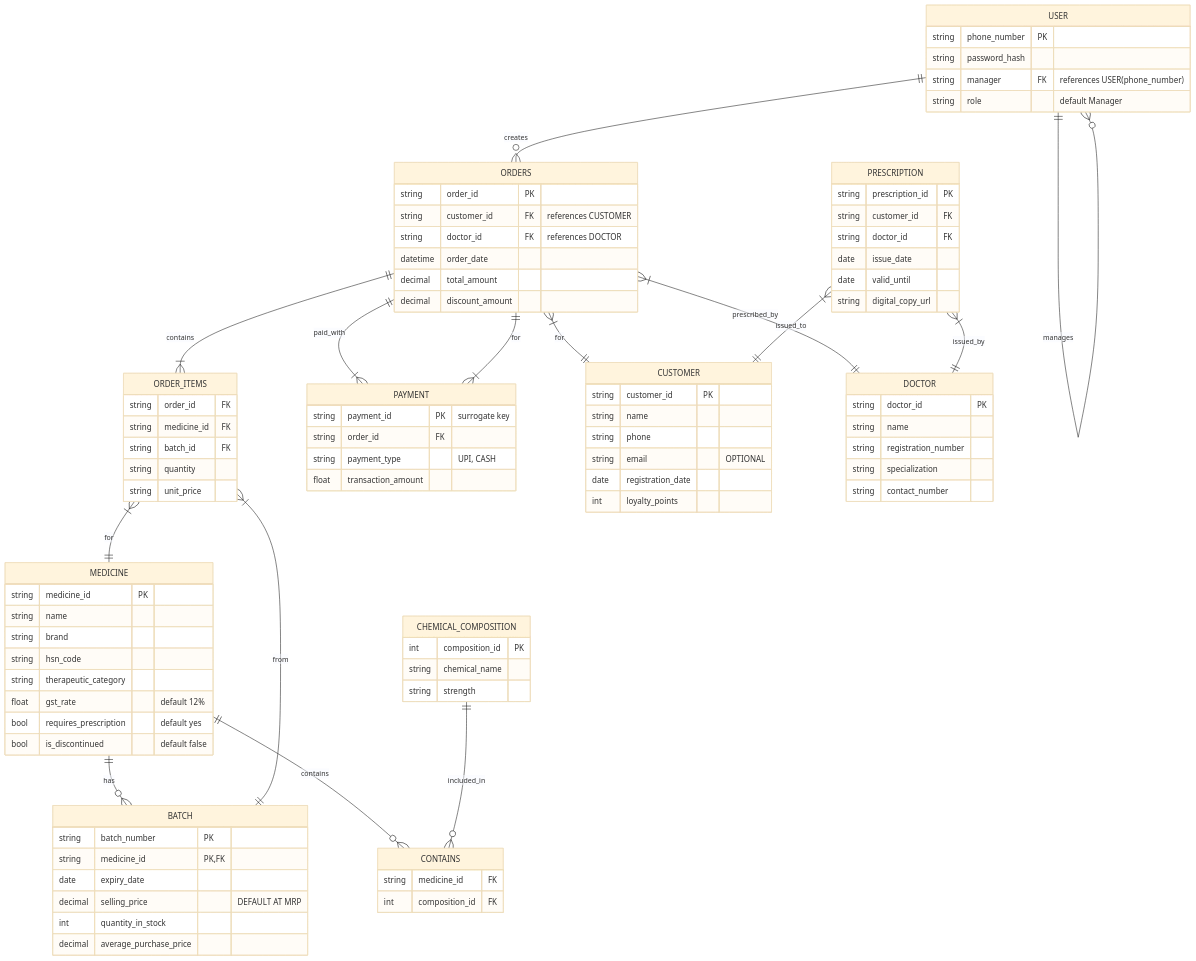
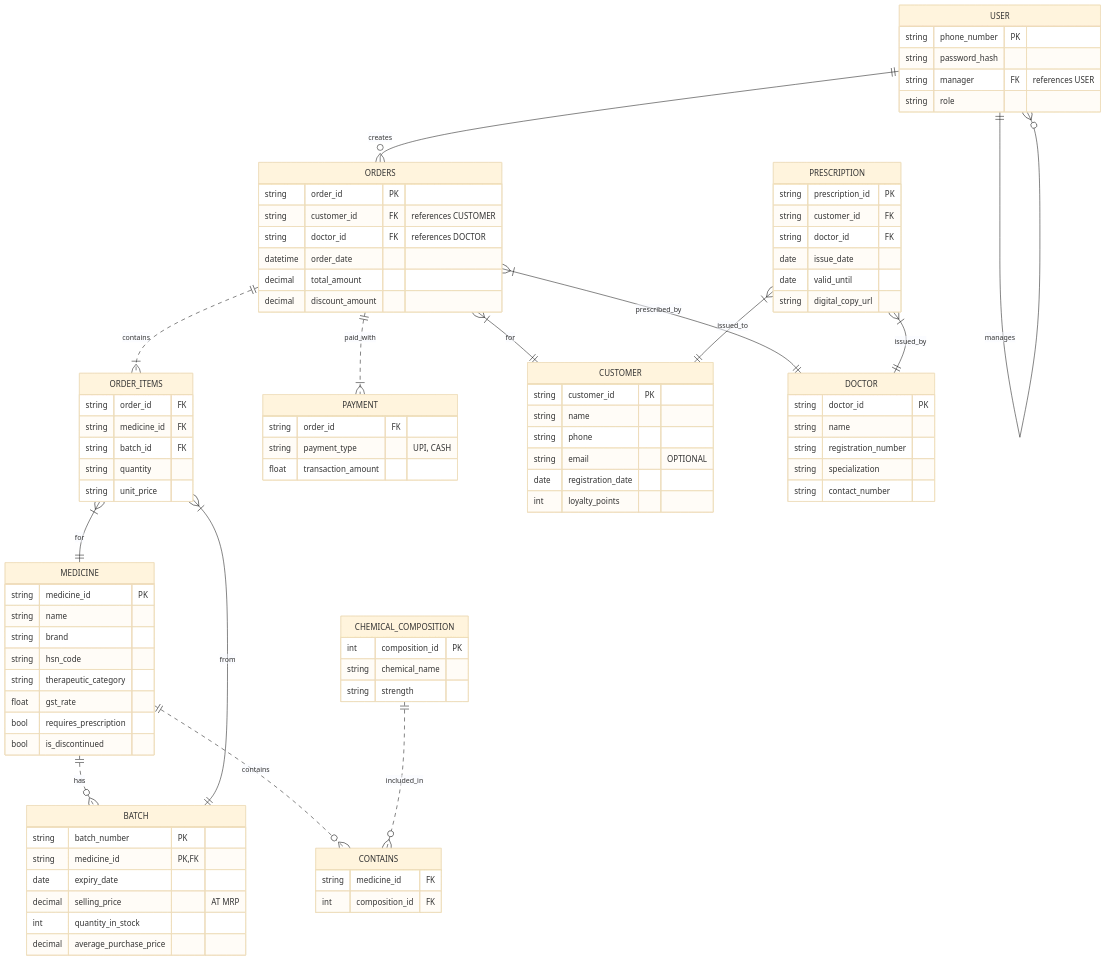
Before and after one commit to MET4L-DS/miniPharma: the diagram in er_diagram_0.md, drawn with Mermaid (base theme).

Commit message:
Corrected Relationship & Cardinality

````diff
--- a/er_diagram_0.md
+++ b/er_diagram_0.md
@@ -3,8 +3,8 @@
     USER {
         string phone_number PK
         string password_hash
-        string manager FK "references USER(phone_number)"
-        string role "default Manager"
+        string manager FK "references USER"
+        string role
     }
 
     MEDICINE {
@@ -13,9 +13,9 @@
         string brand
         string hsn_code
         string therapeutic_category
-        float gst_rate "default 12%"
-        bool requires_prescription "default yes"
-        bool is_discontinued "default false"
+        float gst_rate
+        bool requires_prescription
+        bool is_discontinued
     }
 
     CHEMICAL_COMPOSITION {
@@ -33,7 +33,7 @@
         string batch_number PK
         string medicine_id PK,FK
         date expiry_date
-        decimal selling_price "DEFAULT AT MRP"
+        decimal selling_price "AT MRP"
         int quantity_in_stock
         decimal average_purchase_price
     }
@@ -56,7 +56,6 @@
     }
 
     PAYMENT {
-        string payment_id PK "surrogate key"
         string order_id FK
         string payment_type "UPI, CASH"
         float transaction_amount
@@ -93,20 +92,18 @@
     USER ||--o{ USER : manages
     USER ||--o{ ORDERS : creates
 
-    MEDICINE ||--o{ BATCH : has
-    MEDICINE ||--o{ CONTAINS : contains
-    CHEMICAL_COMPOSITION ||--o{ CONTAINS : included_in
+    MEDICINE ||..o{ BATCH : has
+    MEDICINE ||..o{ CONTAINS : contains
+    CHEMICAL_COMPOSITION ||..o{ CONTAINS : included_in
 
-    ORDERS ||--|{ ORDER_ITEMS : contains
-    ORDERS ||--|{ PAYMENT : paid_with
+    ORDERS ||..|{ ORDER_ITEMS : contains
+    ORDERS ||..|{ PAYMENT : paid_with
     ORDERS }|--|| CUSTOMER : for
     ORDERS }|--|| DOCTOR : prescribed_by
 
     ORDER_ITEMS }|--|| BATCH : from
     ORDER_ITEMS }|--|| MEDICINE : for
 
-    PAYMENT }|--|| ORDERS : for
-
     PRESCRIPTION }|--|| CUSTOMER : issued_to
     PRESCRIPTION }|--|| DOCTOR : issued_by
 ```
````
